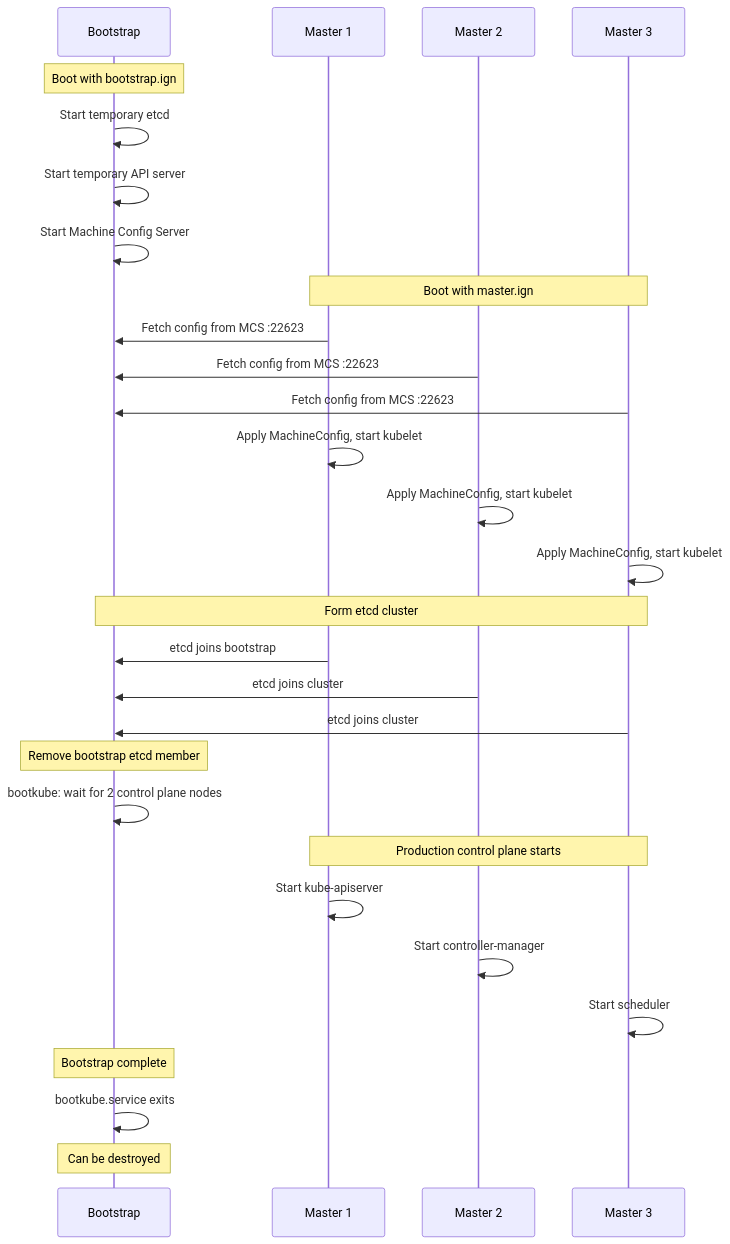
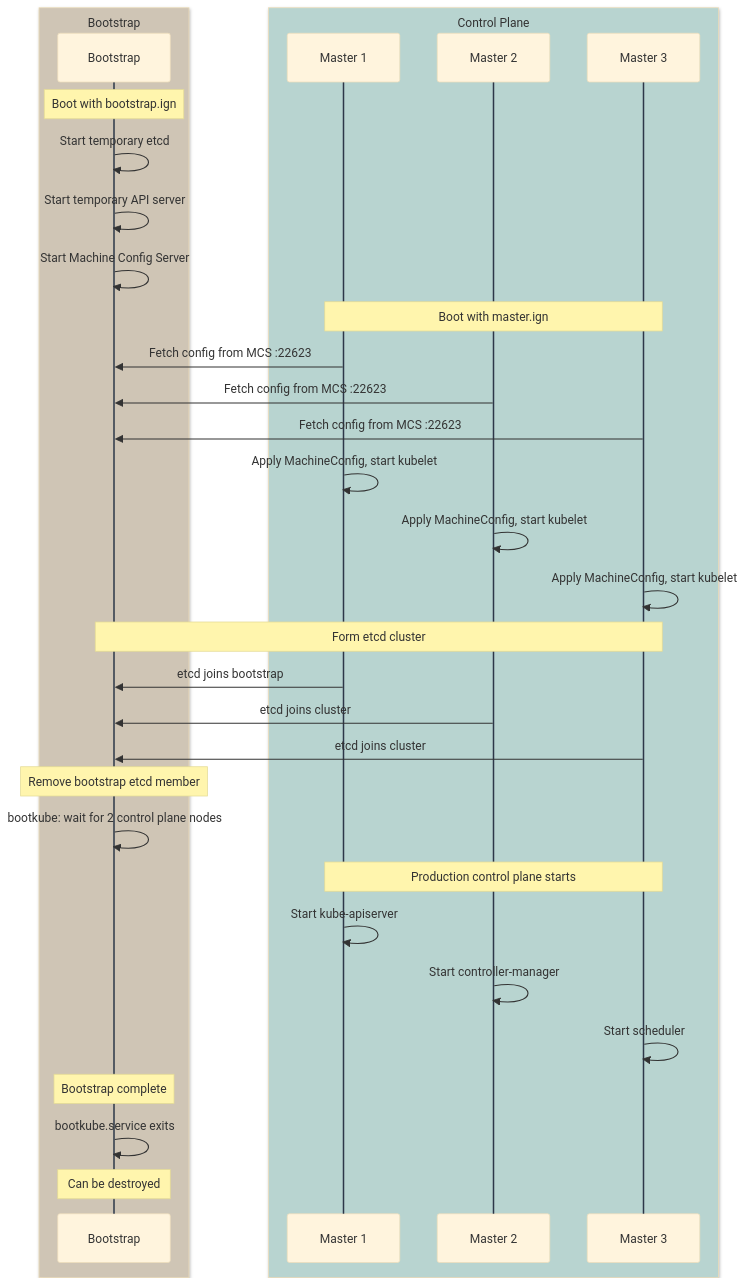
The second of 5 diagrams in 02-traditional-installers/bootstrap-process.md (zszabo-rh/openshift-install-guide), drawn with Mermaid before and after one commit. The commit also changed other lines of this file and 16 other files, not shown here.

Commit message:
improved diagram style

````diff
--- a/02-traditional-installers/bootstrap-process.md
+++ b/02-traditional-installers/bootstrap-process.md
@@ -43,39 +61,45 @@
 ```mermaid
+%%{init: {'theme': 'base', 'themeVariables': { 'lineColor': '#2d3748', 'actorLineColor': '#2d3748' }}}%%
 sequenceDiagram
-    participant B as Bootstrap
-    participant M1 as Master 1
-    participant M2 as Master 2
-    participant M3 as Master 3
+    box rgb(207,197,181) Bootstrap
+        participant B as Bootstrap
+    end
+    
+    box rgb(184,212,208) Control Plane
+        participant M1 as Master 1
+        participant M2 as Master 2
+        participant M3 as Master 3
+    end
     
     Note over B: Boot with bootstrap.ign
     B->>B: Start temporary etcd
     B->>B: Start temporary API server
     B->>B: Start Machine Config Server
     
     Note over M1,M3: Boot with master.ign
     M1->>B: Fetch config from MCS :22623
     M2->>B: Fetch config from MCS :22623
     M3->>B: Fetch config from MCS :22623
     
     M1->>M1: Apply MachineConfig, start kubelet
     M2->>M2: Apply MachineConfig, start kubelet
     M3->>M3: Apply MachineConfig, start kubelet
     
     Note over B,M3: Form etcd cluster
     M1->>B: etcd joins bootstrap
     M2->>B: etcd joins cluster
     M3->>B: etcd joins cluster
     
     Note over B: Remove bootstrap etcd member
     B->>B: bootkube: wait for 2 control plane nodes
     
     Note over M1,M3: Production control plane starts
     M1->>M1: Start kube-apiserver
     M2->>M2: Start controller-manager
     M3->>M3: Start scheduler
     
     Note over B: Bootstrap complete
     B->>B: bootkube.service exits
     
     Note over B: Can be destroyed
 ```
````
